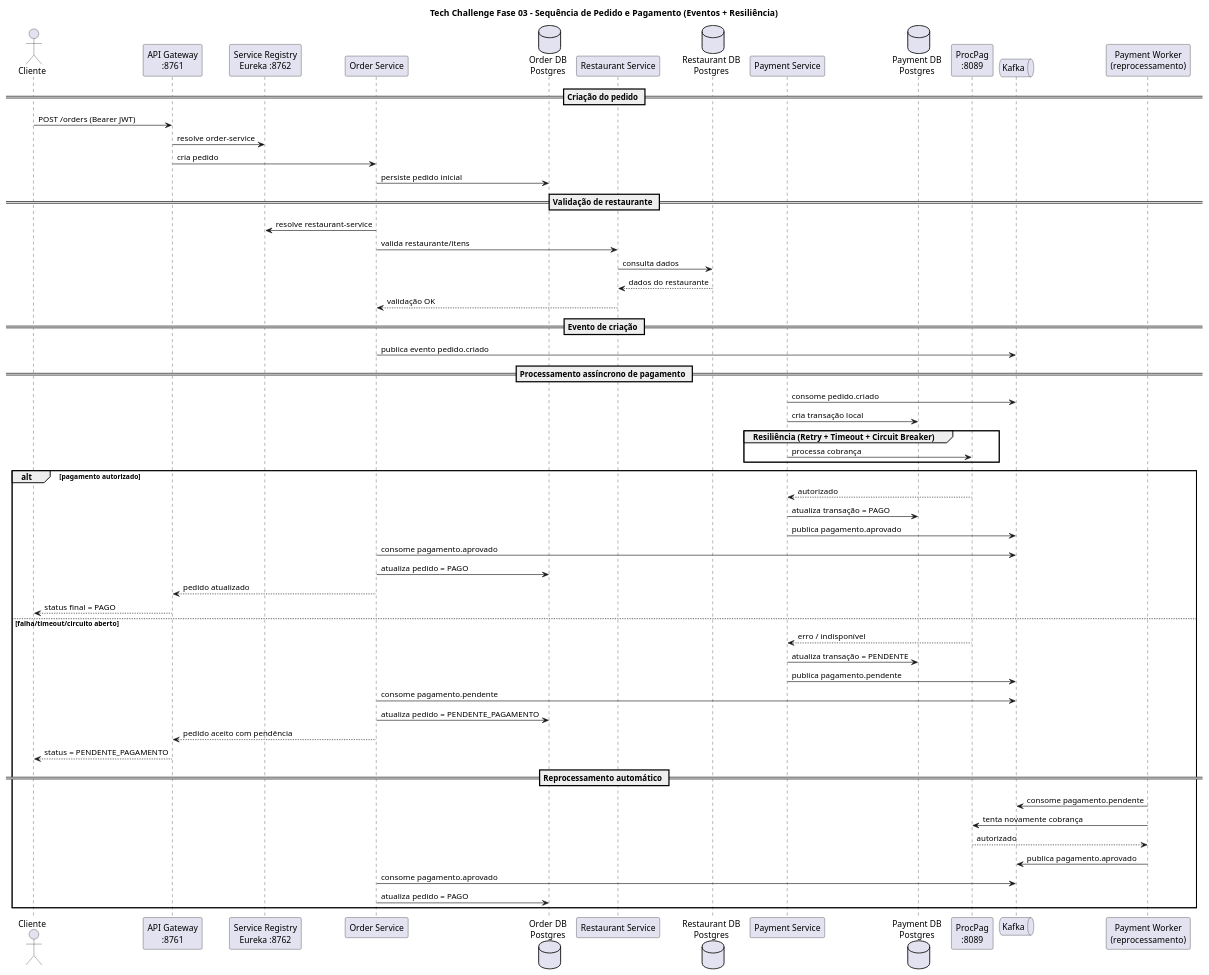
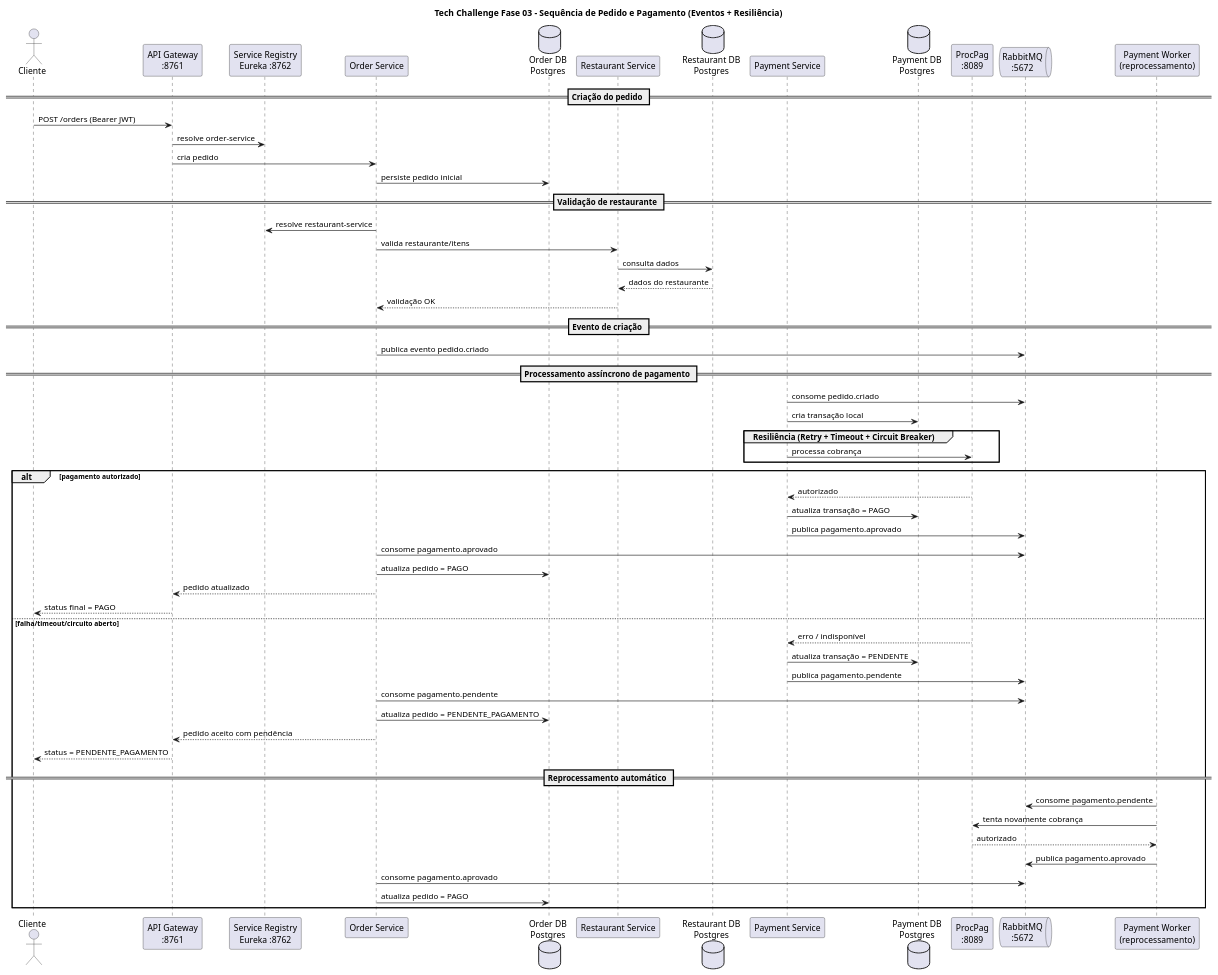
Before and after one commit to eps364/tech-challenge-fase-03: the diagram in docs/diagrams/arquitetura-sequencia-pedido-pagamento.puml, drawn with PlantUML. The commit also changed 4 other files, not shown here.

First line of the commit message:
docs(diagrams): fix Kafka->RabbitMQ, Keycloak port and add Redis blacklist flow

```diff
--- a/docs/diagrams/arquitetura-sequencia-pedido-pagamento.puml
+++ b/docs/diagrams/arquitetura-sequencia-pedido-pagamento.puml
@@ -1,67 +1,67 @@
 @startuml
 title Tech Challenge Fase 03 - Sequência de Pedido e Pagamento (Eventos + Resiliência)
 
 actor Cliente
 participant "API Gateway\n:8761" as APIGW
 participant "Service Registry\nEureka :8762" as EUREKA
 participant "Order Service" as ORDER
 database "Order DB\nPostgres" as ORDERDB
 participant "Restaurant Service" as REST
 database "Restaurant DB\nPostgres" as RESTDB
 participant "Payment Service" as PAY
 database "Payment DB\nPostgres" as PAYDB
 participant "ProcPag\n:8089" as PROCPAG
-queue "Kafka" as KAFKA
+queue "RabbitMQ\n:5672" as BROKER
 participant "Payment Worker\n(reprocessamento)" as WORKER
 
 == Criação do pedido ==
 Cliente -> APIGW: POST /orders (Bearer JWT)
 APIGW -> EUREKA: resolve order-service
 APIGW -> ORDER: cria pedido
 ORDER -> ORDERDB: persiste pedido inicial
 
 == Validação de restaurante ==
 ORDER -> EUREKA: resolve restaurant-service
 ORDER -> REST: valida restaurante/itens
 REST -> RESTDB: consulta dados
 RESTDB --> REST: dados do restaurante
 REST --> ORDER: validação OK
 
 == Evento de criação ==
-ORDER -> KAFKA: publica evento pedido.criado
+ORDER -> BROKER: publica evento pedido.criado
 
 == Processamento assíncrono de pagamento ==
-PAY -> KAFKA: consome pedido.criado
+PAY -> BROKER: consome pedido.criado
 PAY -> PAYDB: cria transação local
 
 group Resiliência (Retry + Timeout + Circuit Breaker)
 PAY -> PROCPAG: processa cobrança
 end
 
 alt pagamento autorizado
 	PROCPAG --> PAY: autorizado
 	PAY -> PAYDB: atualiza transação = PAGO
-	PAY -> KAFKA: publica pagamento.aprovado
-	ORDER -> KAFKA: consome pagamento.aprovado
+	PAY -> BROKER: publica pagamento.aprovado
+	ORDER -> BROKER: consome pagamento.aprovado
 	ORDER -> ORDERDB: atualiza pedido = PAGO
 	ORDER --> APIGW: pedido atualizado
 	APIGW --> Cliente: status final = PAGO
 else falha/timeout/circuito aberto
 	PROCPAG --> PAY: erro / indisponível
 	PAY -> PAYDB: atualiza transação = PENDENTE
-	PAY -> KAFKA: publica pagamento.pendente
-	ORDER -> KAFKA: consome pagamento.pendente
+	PAY -> BROKER: publica pagamento.pendente
+	ORDER -> BROKER: consome pagamento.pendente
 	ORDER -> ORDERDB: atualiza pedido = PENDENTE_PAGAMENTO
 	ORDER --> APIGW: pedido aceito com pendência
 	APIGW --> Cliente: status = PENDENTE_PAGAMENTO
 
 	== Reprocessamento automático ==
-	WORKER -> KAFKA: consome pagamento.pendente
+	WORKER -> BROKER: consome pagamento.pendente
 	WORKER -> PROCPAG: tenta novamente cobrança
 	PROCPAG --> WORKER: autorizado
-	WORKER -> KAFKA: publica pagamento.aprovado
-	ORDER -> KAFKA: consome pagamento.aprovado
+	WORKER -> BROKER: publica pagamento.aprovado
+	ORDER -> BROKER: consome pagamento.aprovado
 	ORDER -> ORDERDB: atualiza pedido = PAGO
 end
 
 @enduml
```
